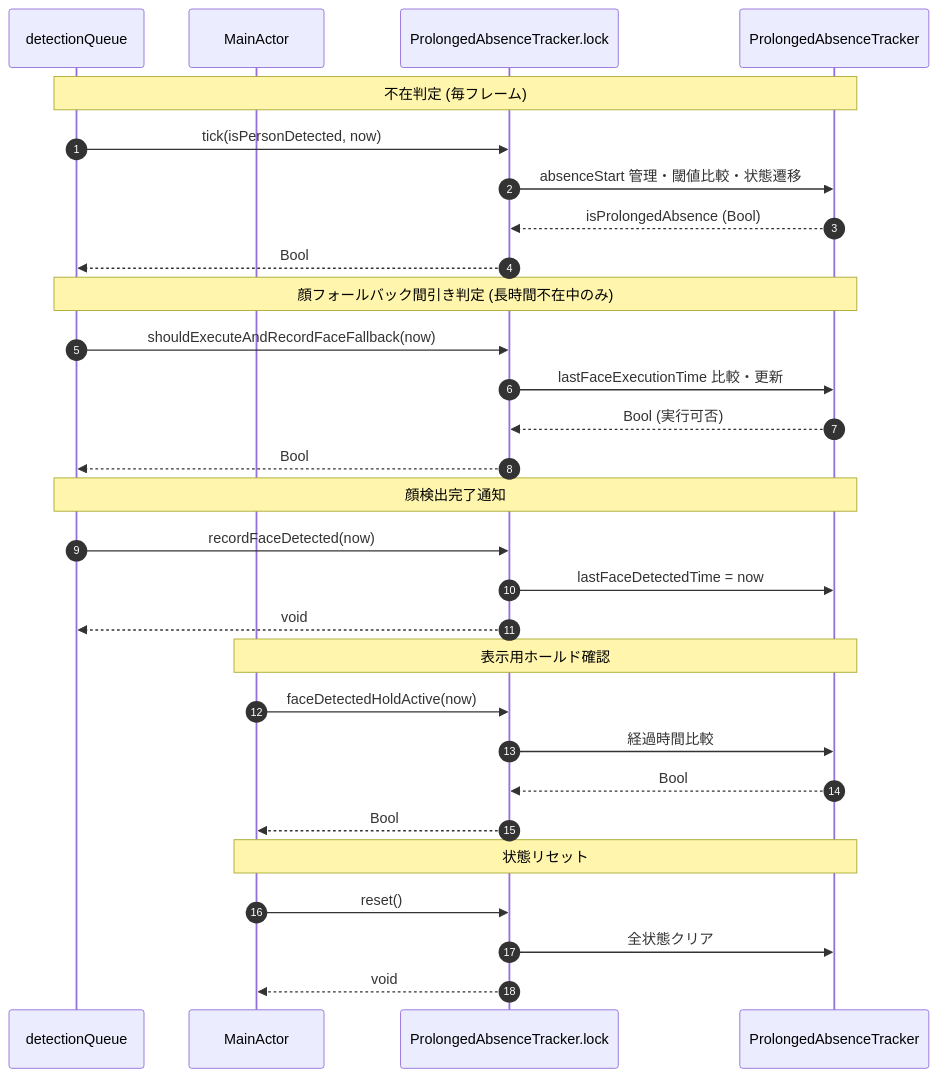
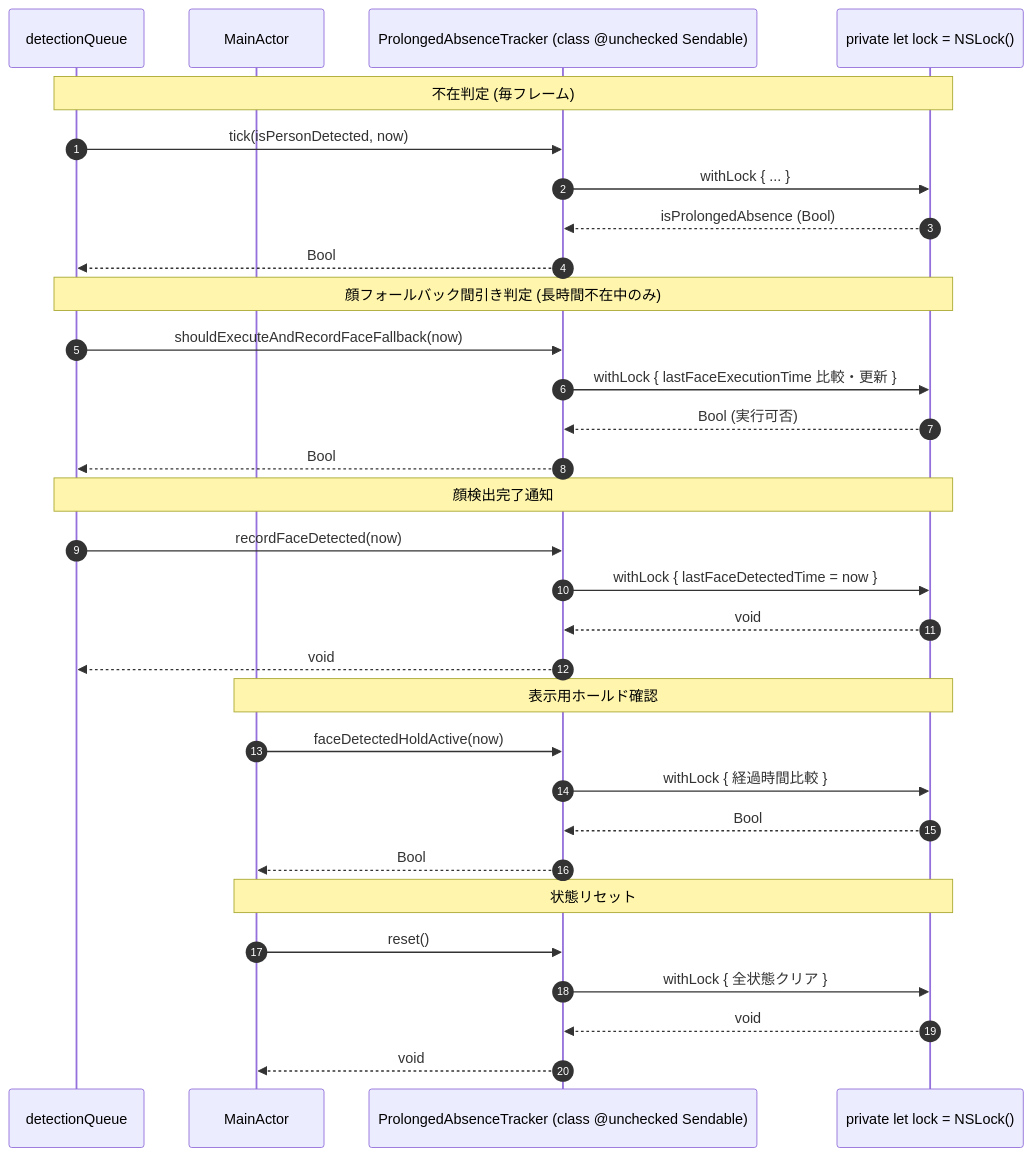
One commit to da-shina/nekoze-fix changed the seventh of 12 diagrams in .kiro/steering/thread-synchronization.md. Above: the diagram before and after it, drawn with Mermaid. The commit also changed other lines of this file, not shown here.

First line of the commit message:
docs(thread-sync): update for ProlongedAbsenceTracker class-based NSLock pattern

````diff
--- a/.kiro/steering/thread-synchronization.md
+++ b/.kiro/steering/thread-synchronization.md
@@ -241,36 +247,38 @@
 ```mermaid
 sequenceDiagram
     autonumber
     participant DQ as detectionQueue
     participant MAIN as MainActor
-    participant PL as ProlongedAbsenceTracker.lock
-    participant PAT as ProlongedAbsenceTracker
+    participant PL as ProlongedAbsenceTracker (class @unchecked Sendable)
+    participant LOCK as private let lock = NSLock()
 
-    Note over DQ,PAT: 不在判定 (毎フレーム)
+    Note over DQ,LOCK: 不在判定 (毎フレーム)
     DQ->>PL: tick(isPersonDetected, now)
-    PL->>PAT: absenceStart 管理・閾値比較・状態遷移
-    PAT-->>PL: isProlongedAbsence (Bool)
+    PL->>LOCK: withLock { ... }
+    LOCK-->>PL: isProlongedAbsence (Bool)
     PL-->>DQ: Bool
 
-    Note over DQ,PAT: 顔フォールバック間引き判定 (長時間不在中のみ)
+    Note over DQ,LOCK: 顔フォールバック間引き判定 (長時間不在中のみ)
     DQ->>PL: shouldExecuteAndRecordFaceFallback(now)
-    PL->>PAT: lastFaceExecutionTime 比較・更新
-    PAT-->>PL: Bool (実行可否)
+    PL->>LOCK: withLock { lastFaceExecutionTime 比較・更新 }
+    LOCK-->>PL: Bool (実行可否)
     PL-->>DQ: Bool
 
-    Note over DQ,PAT: 顔検出完了通知
+    Note over DQ,LOCK: 顔検出完了通知
     DQ->>PL: recordFaceDetected(now)
-    PL->>PAT: lastFaceDetectedTime = now
+    PL->>LOCK: withLock { lastFaceDetectedTime = now }
+    LOCK-->>PL: void
     PL-->>DQ: void
 
-    Note over MAIN,PAT: 表示用ホールド確認
+    Note over MAIN,LOCK: 表示用ホールド確認
     MAIN->>PL: faceDetectedHoldActive(now)
-    PL->>PAT: 経過時間比較
-    PAT-->>PL: Bool
+    PL->>LOCK: withLock { 経過時間比較 }
+    LOCK-->>PL: Bool
     PL-->>MAIN: Bool
 
-    Note over MAIN,PAT: 状態リセット
+    Note over MAIN,LOCK: 状態リセット
     MAIN->>PL: reset()
-    PL->>PAT: 全状態クリア
+    PL->>LOCK: withLock { 全状態クリア }
+    LOCK-->>PL: void
     PL-->>MAIN: void
 ```
````
